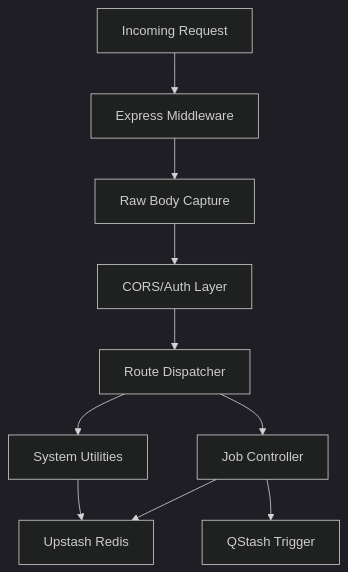
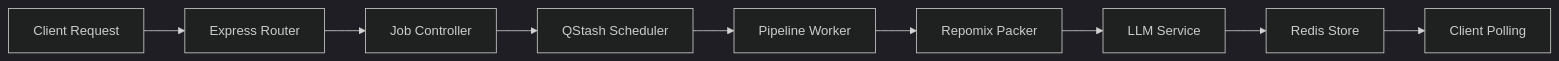
One commit to shinymacktest/gitdex-docs changed the diagram in docs/shinymack/gitdex/2_backend-core-engine.mdx. Above: the diagram before and after it, drawn with Mermaid (dark theme). The commit also changed other lines of this file and 14 other files, not shown here.

````diff
--- a/docs/shinymack/gitdex/2_backend-core-engine.mdx
+++ b/docs/shinymack/gitdex/2_backend-core-engine.mdx
@@ -34,12 +33,11 @@
 ```mermaid
-graph TD
-    A["Incoming Request"] --> B["Express Middleware"]
-    B --> C["Raw Body Capture"]
-    C --> D["CORS/Auth Layer"]
-    D --> E["Route Dispatcher"]
-    E --> F["Job Controller"]
-    E --> G["System Utilities"]
-    F --> H["Upstash Redis"]
-    F --> I["QStash Trigger"]
-    G --> H
+graph LR
+    A["Client Request"] --> B["Express Router"]
+    B --> C["Job Controller"]
+    C --> D["QStash Scheduler"]
+    D --> E["Pipeline Worker"]
+    E --> F["Repomix Packer"]
+    F --> G["LLM Service"]
+    G --> H["Redis Store"]
+    H --> I["Client Polling"]
 ```
````
